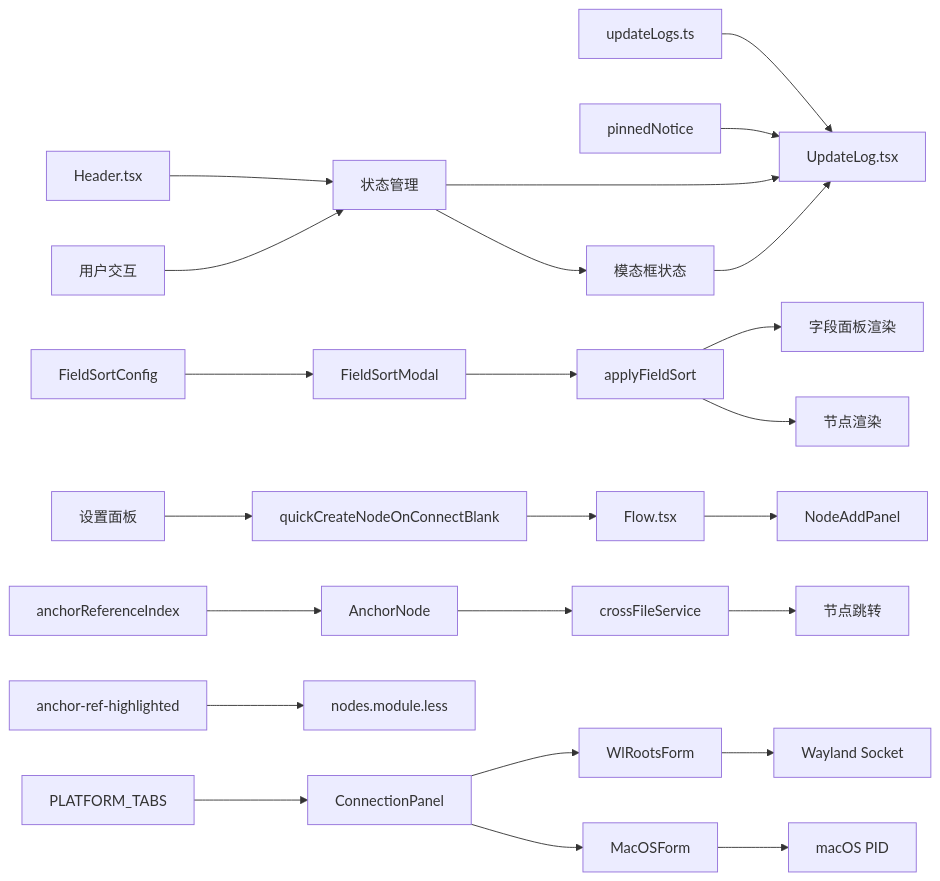
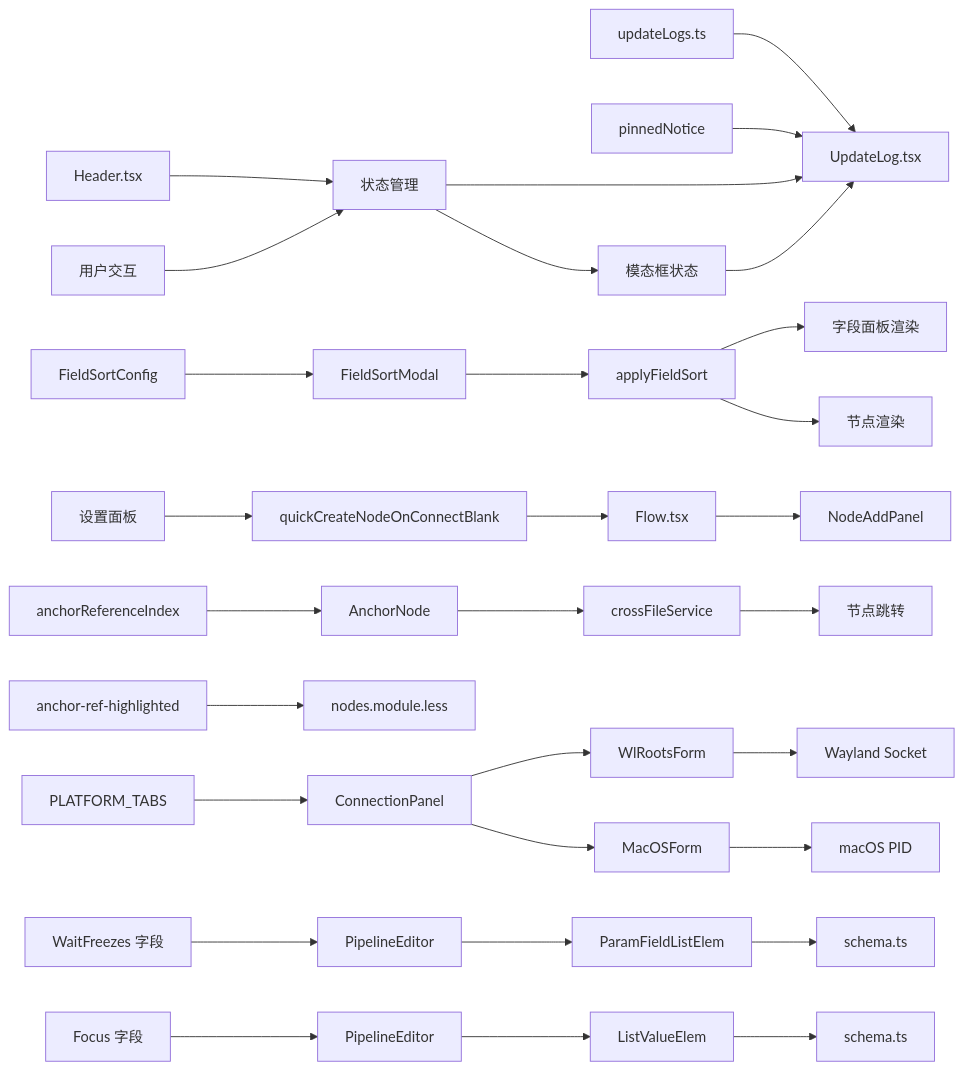
Before and after one commit to kqcoxn/MaaPipelineEditor: diagram 36 of 37 in .qoder/repowiki/zh/content/UpdateLogs.ts.md, drawn with Mermaid. The commit also changed other lines of this file and 31 other files, not shown here.

````diff
--- a/.qoder/repowiki/zh/content/UpdateLogs.ts.md
+++ b/.qoder/repowiki/zh/content/UpdateLogs.ts.md
@@ -891,26 +1072,32 @@
 ```mermaid
 flowchart LR
 A[updateLogs.ts] --> B[UpdateLog.tsx]
 C[pinnedNotice] --> B
 D[Header.tsx] --> E[状态管理]
 E --> B
 F[用户交互] --> E
 E --> G[模态框状态]
 G --> B
 H[FieldSortConfig] --> I[FieldSortModal]
 I --> J[applyFieldSort]
 J --> K[字段面板渲染]
 J --> L[节点渲染]
 M[quickCreateNodeOnConnectBlank] --> N[Flow.tsx]
 N --> O[NodeAddPanel]
 P[设置面板] --> M
 Q[anchorReferenceIndex] --> R[AnchorNode]
 R --> S[crossFileService]
 S --> T[节点跳转]
 U[anchor-ref-highlighted] --> V[nodes.module.less]
 W[PLATFORM_TABS] --> X[ConnectionPanel]
 X --> Y[WlRootsForm]
 X --> Z[MacOSForm]
 Y --> AA[Wayland Socket]
 Z --> AB[macOS PID]
+AC[WaitFreezes 字段] --> AD[PipelineEditor]
+AE[Focus 字段] --> AF[PipelineEditor]
+AD --> AG[ParamFieldListElem]
+AF --> AH[ListValueElem]
+AG --> AI[schema.ts]
+AH --> AJ[schema.ts]
 ```
````
